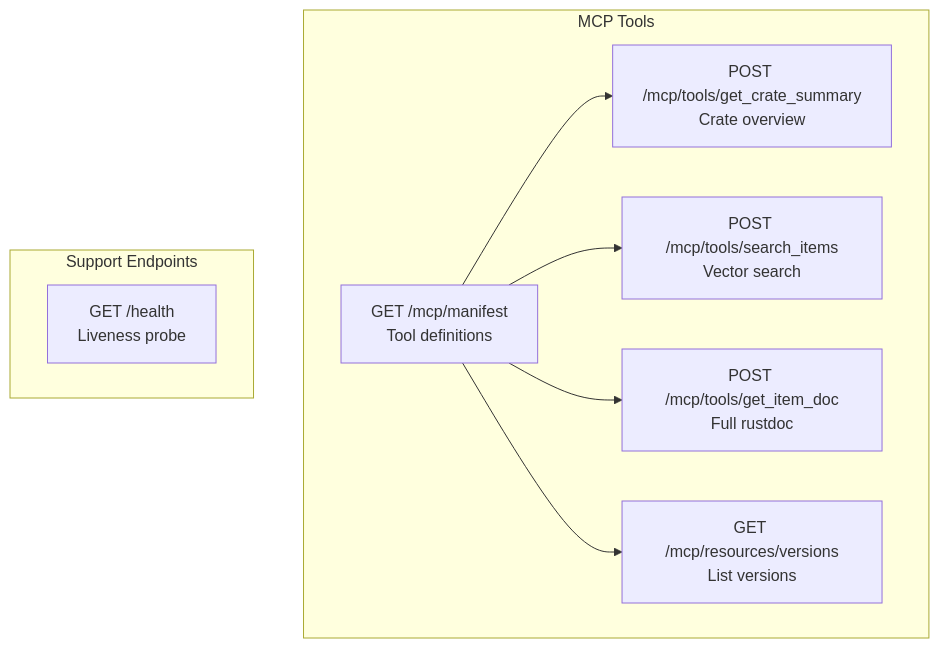
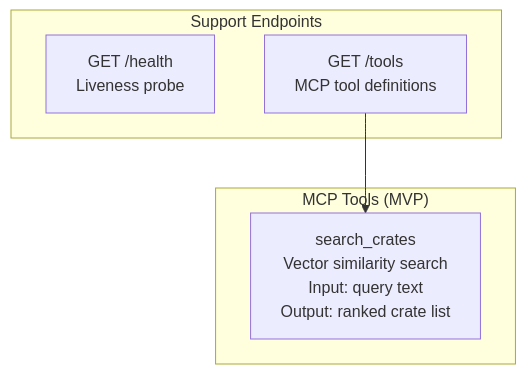
Before and after one commit to RimoVR/docsrs-mcp: the fifth of 9 diagrams in Architecture.md, drawn with Mermaid. The commit also changed other lines of this file and 21 other files, not shown here.

First line of the commit message:
feat: Implement MVP MCP server for Rust crate documentation

````diff
--- a/Architecture.md
+++ b/Architecture.md
@@ -158,19 +158,13 @@
 ```mermaid
 graph TD
-    subgraph "MCP Tools"
-        MANIFEST[GET /mcp/manifest<br/>Tool definitions]
-        SUMMARY[POST /mcp/tools/get_crate_summary<br/>Crate overview]
-        SEARCH[POST /mcp/tools/search_items<br/>Vector search]
-        DOC[POST /mcp/tools/get_item_doc<br/>Full rustdoc]
-        VERSIONS[GET /mcp/resources/versions<br/>List versions]
+    subgraph "MCP Tools (MVP)"
+        SEARCH[search_crates<br/>Vector similarity search<br/>Input: query text<br/>Output: ranked crate list]
     end
     
     subgraph "Support Endpoints"
         HEALTH[GET /health<br/>Liveness probe]
+        TOOLS[GET /tools<br/>MCP tool definitions]
     end
     
-    MANIFEST --> SUMMARY
-    MANIFEST --> SEARCH
-    MANIFEST --> DOC
-    MANIFEST --> VERSIONS
+    TOOLS --> SEARCH
 ```
````
